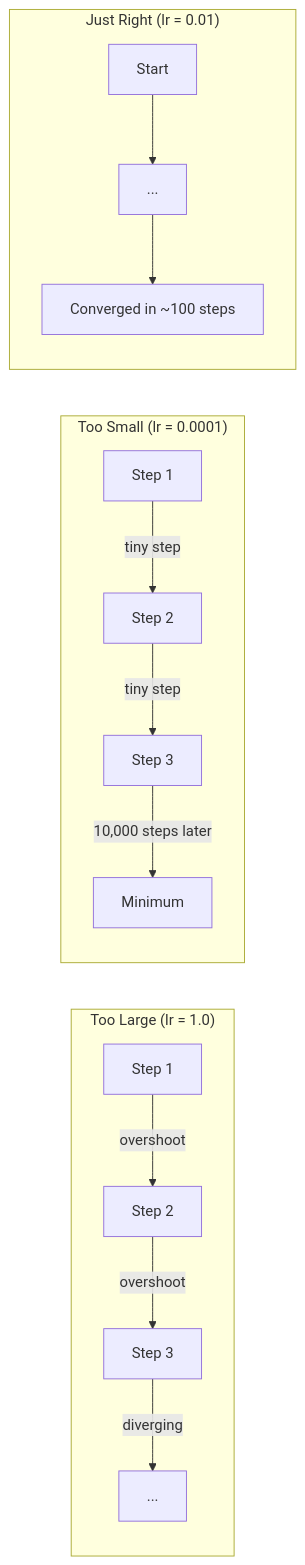
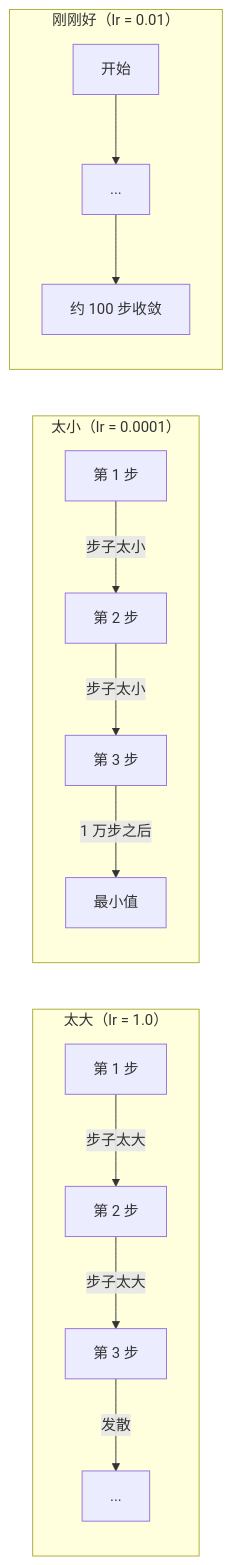
The second of 5 diagrams in phases/01-math-foundations/08-optimization/docs/zh.md (omigaZen/ai-engineering-from-scratch), drawn with Mermaid before and after one commit. The commit also changed other lines of this file, not shown here.

Commit message:
feat(phase-01/08): refine zh optimization wording

````diff
--- a/phases/01-math-foundations/08-optimization/docs/zh.md
+++ b/phases/01-math-foundations/08-optimization/docs/zh.md
@@ -58,16 +58,16 @@
 ```mermaid
 graph LR
-    subgraph TooLarge["Too Large (lr = 1.0)"]
-        A1["Step 1"] -->|overshoot| A2["Step 2"]
-        A2 -->|overshoot| A3["Step 3"]
-        A3 -->|diverging| A4["..."]
+    subgraph TooLarge["太大（lr = 1.0）"]
+        A1["第 1 步"] -->|步子太大| A2["第 2 步"]
+        A2 -->|步子太大| A3["第 3 步"]
+        A3 -->|发散| A4["..."]
     end
-    subgraph TooSmall["Too Small (lr = 0.0001)"]
-        B1["Step 1"] -->|tiny step| B2["Step 2"]
-        B2 -->|tiny step| B3["Step 3"]
-        B3 -->|10,000 steps later| B4["Minimum"]
+    subgraph TooSmall["太小（lr = 0.0001）"]
+        B1["第 1 步"] -->|步子太小| B2["第 2 步"]
+        B2 -->|步子太小| B3["第 3 步"]
+        B3 -->|1 万步之后| B4["最小值"]
     end
-    subgraph JustRight["Just Right (lr = 0.01)"]
-        C1["Start"] --> C2["..."] --> C3["Converged in ~100 steps"]
+    subgraph JustRight["刚刚好（lr = 0.01）"]
+        C1["开始"] --> C2["..."] --> C3["约 100 步收敛"]
     end
 ```
````
